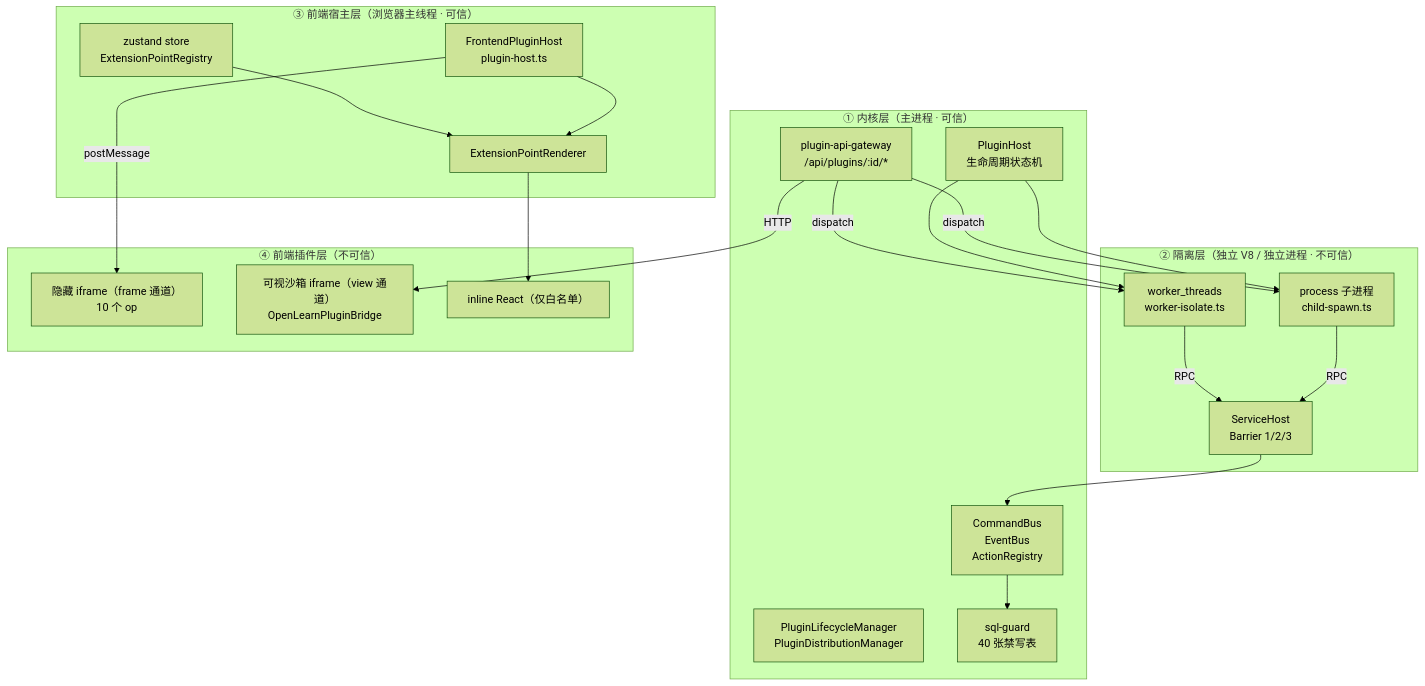
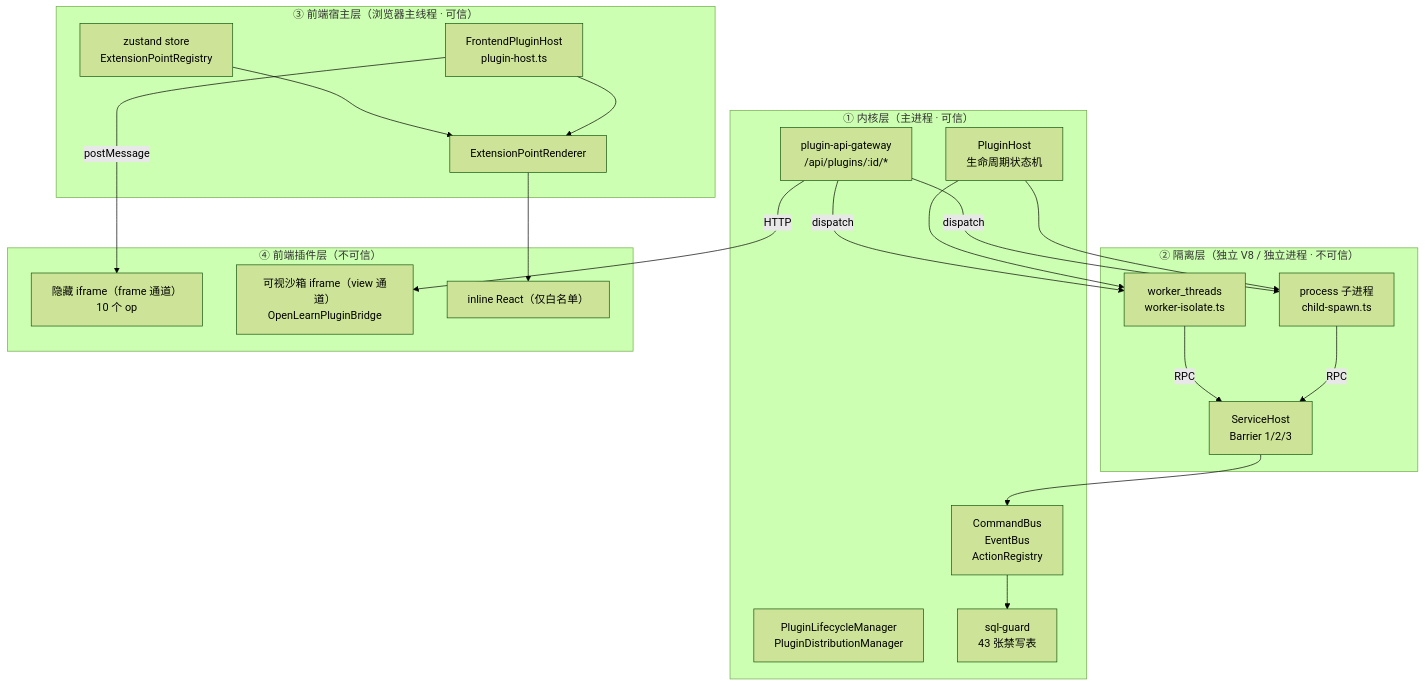
One commit to aymwoo/OpenLearn-Next-V2 changed the first of 2 diagrams in docs/ai-reference/architecture/plugin-runtime-planes.md. Above: the diagram before and after it, drawn with Mermaid (forest theme). The commit also changed 28 other files, not shown here.

````diff
--- a/docs/ai-reference/architecture/plugin-runtime-planes.md
+++ b/docs/ai-reference/architecture/plugin-runtime-planes.md
@@ -13,42 +13,42 @@
 ```mermaid
 flowchart TB
   subgraph L1["① 内核层（主进程 · 可信）"]
     KB["CommandBus<br/>EventBus<br/>ActionRegistry"]
     PH["PluginHost<br/>生命周期状态机"]
     LG["PluginLifecycleManager<br/>PluginDistributionManager"]
     GW["plugin-api-gateway<br/>/api/plugins/:id/*"]
-    SQL["sql-guard<br/>40 张禁写表"]
+    SQL["sql-guard<br/>43 张禁写表"]
   end
 
   subgraph L2["② 隔离层（独立 V8 / 独立进程 · 不可信）"]
     PX["process 子进程<br/>child-spawn.ts"]
     WK["worker_threads<br/>worker-isolate.ts"]
     SH["ServiceHost<br/>Barrier 1/2/3"]
   end
 
   subgraph L3["③ 前端宿主层（浏览器主线程 · 可信）"]
     FH["FrontendPluginHost<br/>plugin-host.ts"]
     ST["zustand store<br/>ExtensionPointRegistry"]
     RD["ExtensionPointRenderer"]
   end
 
   subgraph L4["④ 前端插件层（不可信）"]
     FR["隐藏 iframe（frame 通道）<br/>10 个 op"]
     VW["可视沙箱 iframe（view 通道）<br/>OpenLearnPluginBridge"]
     IR["inline React（仅白名单）"]
   end
 
   PH --> PX
   PH --> WK
   PX -->|RPC| SH
   WK -->|RPC| SH
   SH --> KB
   KB --> SQL
   GW -->|dispatch| PX
   GW -->|dispatch| WK
   FH -->|postMessage| FR
   FH --> RD
   ST --> RD
   GW -->|HTTP| VW
   RD --> IR
 ```
````
